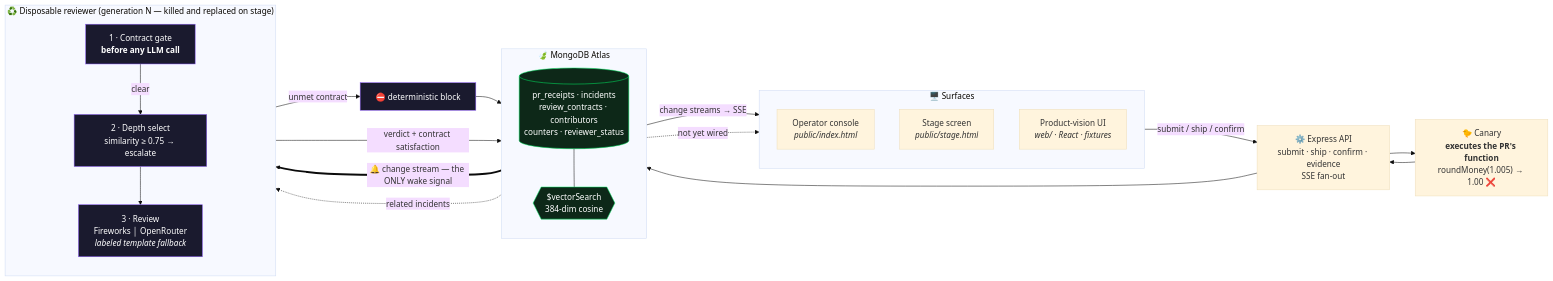
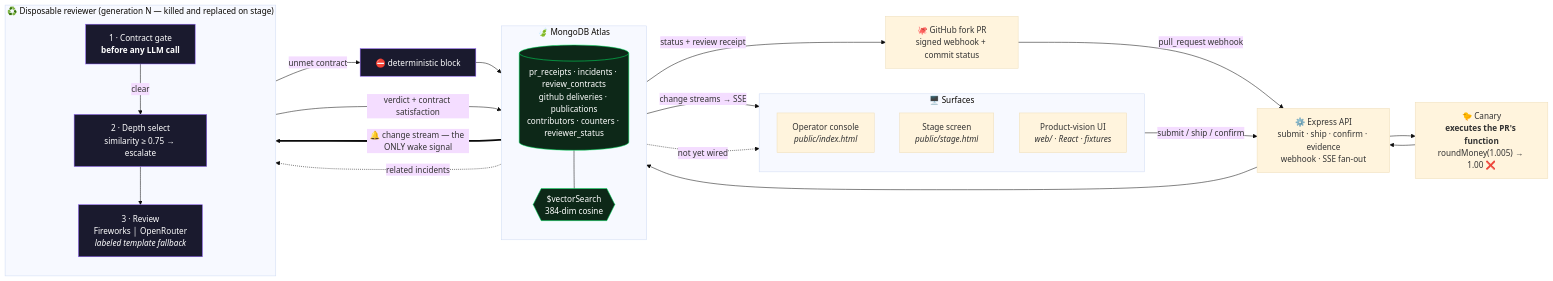
One commit to nihalnihalani/MongoDbhackathon changed the first of 2 diagrams in README.md. Above: the diagram before and after it, drawn with Mermaid (base theme). The commit also changed other lines of this file and 10 other files, not shown here.

Commit message:
Add live GitHub PR review loop

````diff
--- a/README.md
+++ b/README.md
@@ -57,44 +57,47 @@
 ```mermaid
 flowchart LR
     subgraph SURF["🖥️ Surfaces"]
         direction TB
         OP["Operator console<br/><i>public/index.html</i>"]
         ST["Stage screen<br/><i>public/stage.html</i>"]
         WEB["Product-vision UI<br/><i>web/ · React · fixtures</i>"]
     end
 
-    API["⚙️ Express API<br/>submit · ship · confirm · evidence<br/>SSE fan-out"]
+    GH["🐙 GitHub fork PR<br/>signed webhook + commit status"]
+    API["⚙️ Express API<br/>submit · ship · confirm · evidence<br/>webhook · SSE fan-out"]
     CAN["🐤 Canary<br/><b>executes the PR's function</b><br/>roundMoney(1.005) → 1.00 ❌"]
 
     subgraph ATLAS["🍃 MongoDB Atlas"]
         direction TB
-        DB[("pr_receipts · incidents<br/>review_contracts · contributors<br/>counters · reviewer_status")]
+        DB[("pr_receipts · incidents · review_contracts<br/>github deliveries · publications<br/>contributors · counters · reviewer_status")]
         VEC{{"$vectorSearch<br/>384-dim cosine"}}
     end
 
     subgraph REV["♻️ Disposable reviewer (generation N — killed and replaced on stage)"]
         direction TB
         GATE["1 · Contract gate<br/><b>before any LLM call</b>"]
         DEPTH["2 · Depth select<br/>similarity ≥ 0.75 → escalate"]
         LLM["3 · Review<br/>Fireworks │ OpenRouter<br/><i>labeled template fallback</i>"]
     end
 
+    GH -->|"pull_request webhook"| API
     OP -->|"submit / ship / confirm"| API
     API --> CAN --> API
     API --> DB
     DB ==>|"🔔 change stream — the ONLY wake signal"| GATE
     GATE -->|"unmet contract"| BLK["⛔ deterministic block"]
     GATE -->|"clear"| DEPTH
     VEC -.->|"related incidents"| DEPTH
     DB --- VEC
     DEPTH --> LLM
     LLM -->|"verdict + contract satisfaction"| DB
     BLK --> DB
+    DB -->|"status + review receipt"| GH
     DB -->|"change streams → SSE"| ST
     DB -.->|"not yet wired"| WEB
 
     classDef mongo fill:#0d2818,stroke:#00ED64,color:#fff
     classDef rev fill:#1a1a2e,stroke:#8B5CF6,color:#fff
     class DB,VEC mongo
     class GATE,DEPTH,LLM,BLK rev
 ```
````
